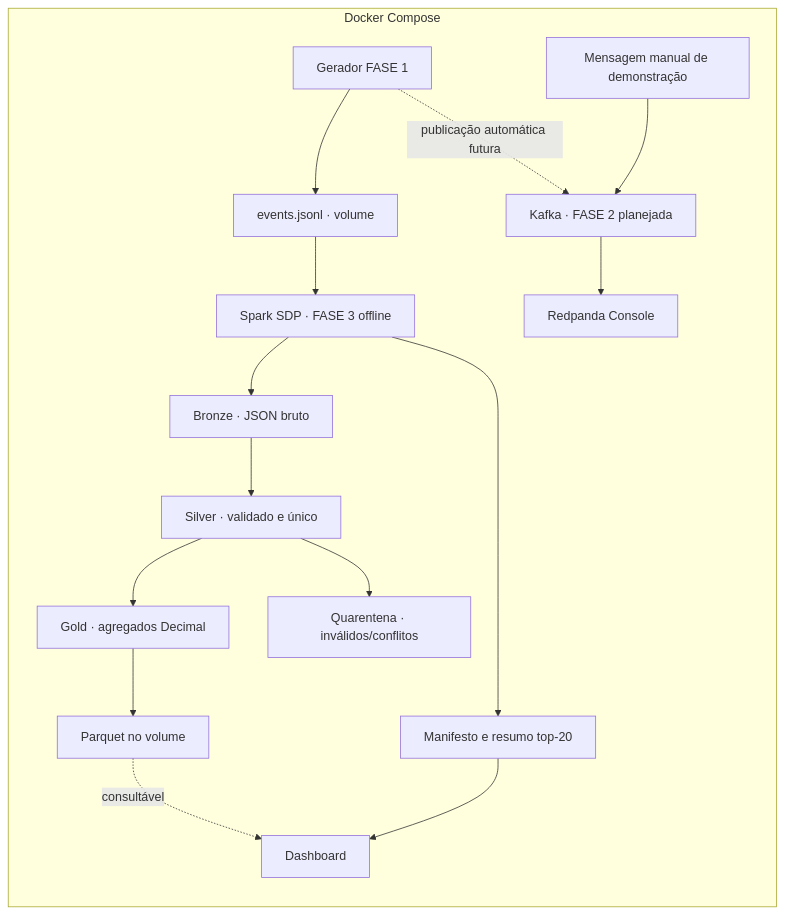
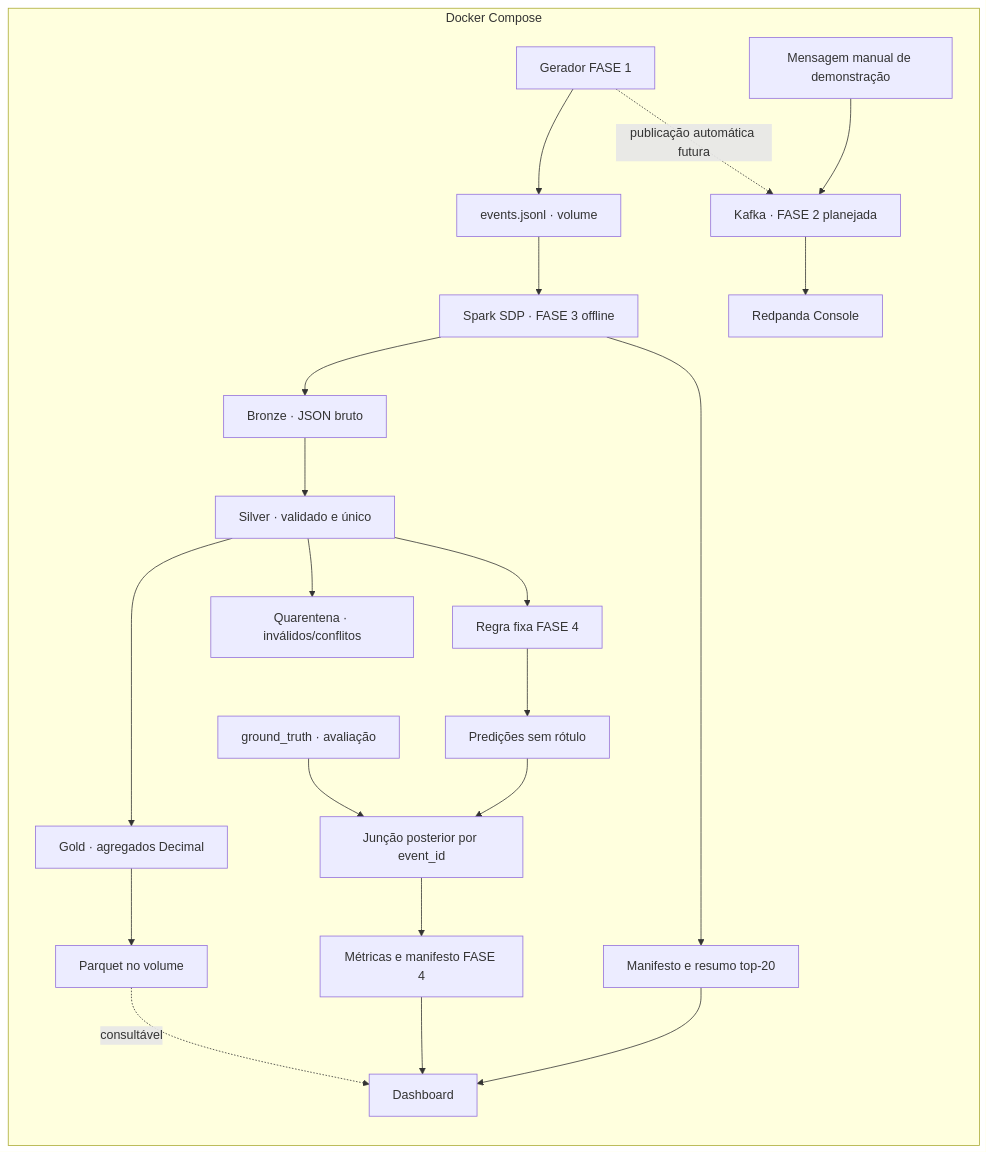
Before and after one commit to faelk8/pix_guard: the diagram in docs/source/arquitetura/index.rst, drawn with Mermaid. The commit also changed other lines of this file and 8 other files, not shown here.

```diff
--- a/docs/source/arquitetura/index.rst
+++ b/docs/source/arquitetura/index.rst
@@ -13,18 +13,24 @@
 .. mermaid::
 
    flowchart LR
      subgraph compose[Docker Compose]
        GEN[Gerador FASE 1] --> JSONL[events.jsonl · volume]
        JSONL --> SDP[Spark SDP · FASE 3 offline]
        SDP --> B[Bronze · JSON bruto]
        B --> S[Silver · validado e único]
        S --> G[Gold · agregados Decimal]
        S --> Q[Quarentena · inválidos/conflitos]
        SDP --> M[Manifesto e resumo top-20]
        G --> PARQ[Parquet no volume]
        M --> DASH[Dashboard]
        PARQ -. consultável .-> DASH
+       S --> SCORE[Regra fixa FASE 4]
+       SCORE --> PRED[Predições sem rótulo]
+       PRED --> JOIN[Junção posterior por event_id]
+       GT[ground_truth · avaliação] --> JOIN
+       JOIN --> EVAL[Métricas e manifesto FASE 4]
+       EVAL --> DASH
        K[Kafka · FASE 2 planejada] --> CONSOLE[Redpanda Console]
        DEMO[Mensagem manual de demonstração] --> K
      end
-     GEN -. publicação automática futura .-> K
+       GEN -. publicação automática futura .-> K
```
